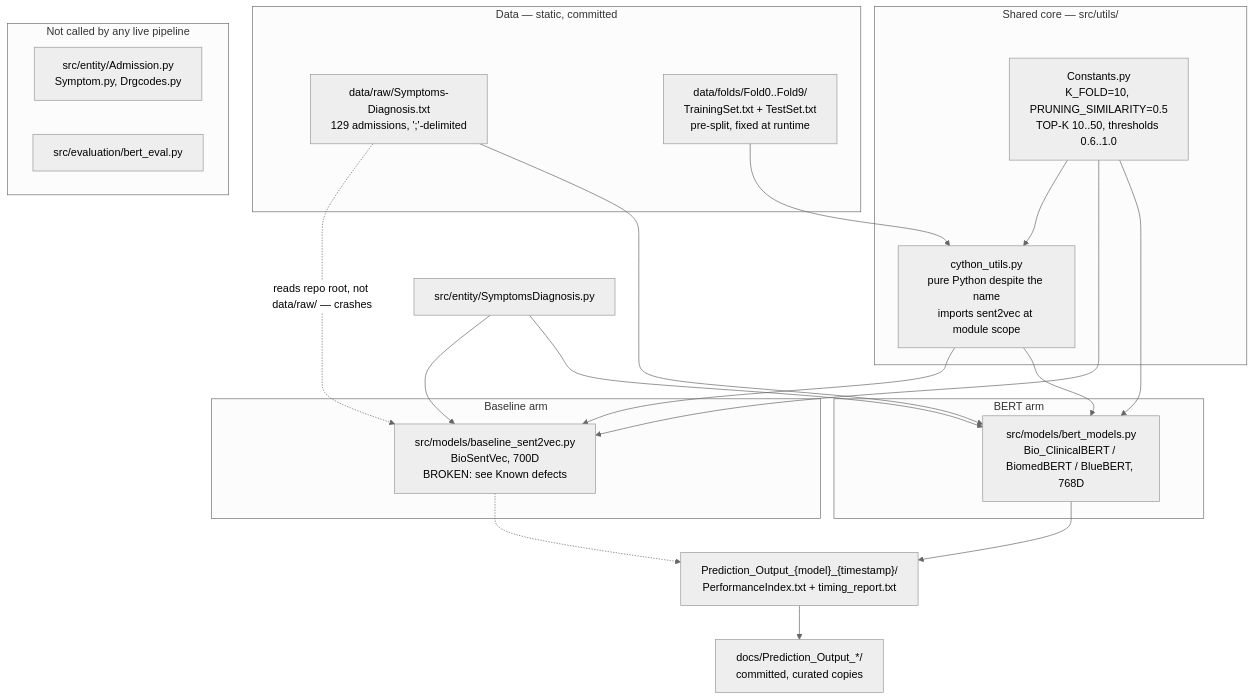
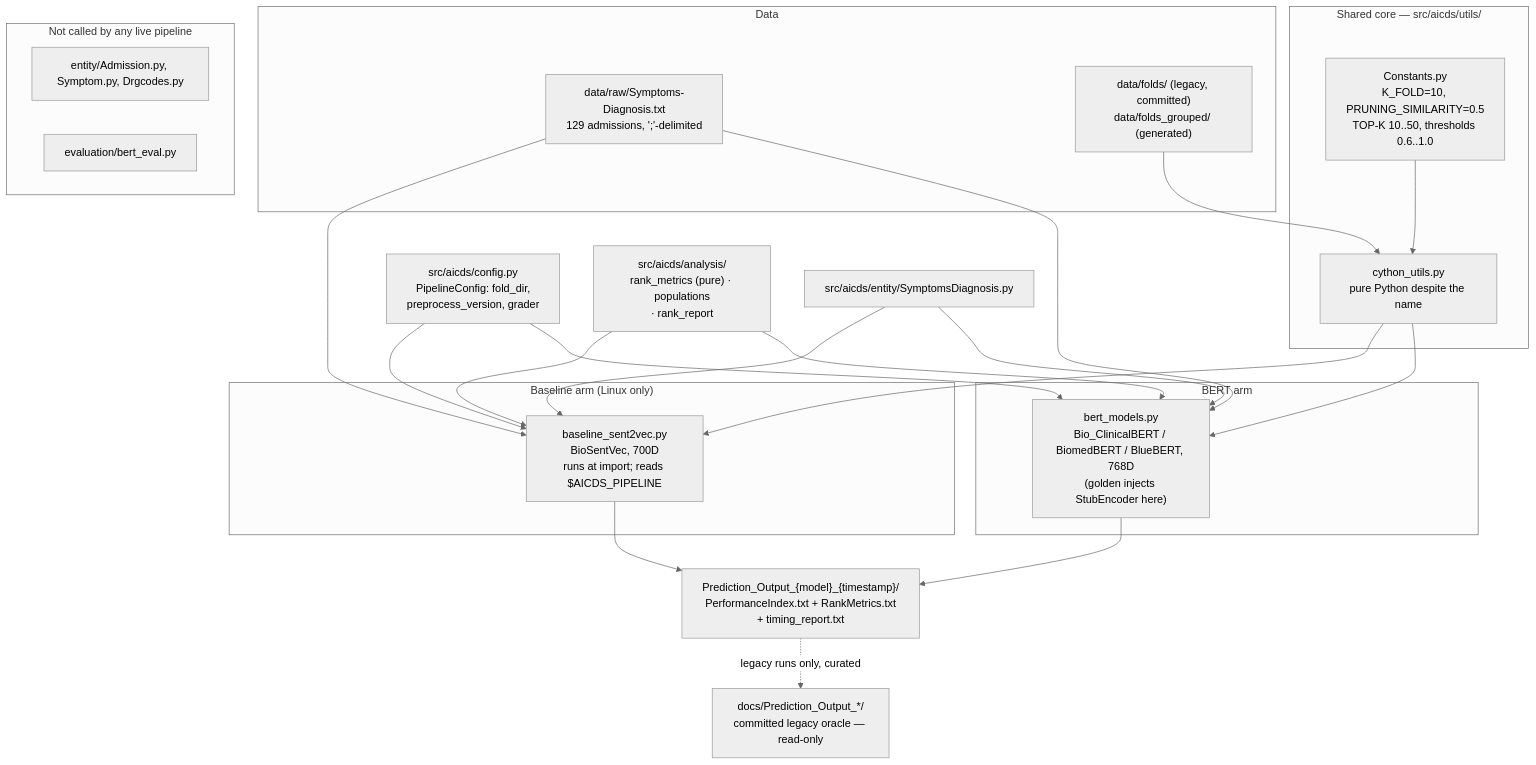
The diagram in docs/reference/architecture.md (jamesEmerson112/AI-CDS-Disease-Diagnosis-Reproduction-Alpha), drawn with Mermaid (neutral theme) before and after one commit. The commit also changed other lines of this file and 20 other files, not shown here.

````diff
--- a/docs/reference/architecture.md
+++ b/docs/reference/architecture.md
@@ -133,44 +128,50 @@
 ```mermaid
 flowchart TB
-    subgraph Data["Data — static, committed"]
+    subgraph Data["Data"]
         RAW["data/raw/Symptoms-Diagnosis.txt\n129 admissions, ';'-delimited"]
-        FOLDS["data/folds/Fold0..Fold9/\nTrainingSet.txt + TestSet.txt\npre-split, fixed at runtime"]
+        FOLDS["data/folds/ (legacy, committed)\ndata/folds_grouped/ (generated)"]
     end
 
-    subgraph Core["Shared core — src/utils/"]
+    CFG["src/aicds/config.py\nPipelineConfig: fold_dir,\npreprocess_version, grader"]
+
+    subgraph Core["Shared core — src/aicds/utils/"]
         CONST["Constants.py\nK_FOLD=10, PRUNING_SIMILARITY=0.5\nTOP-K 10..50, thresholds 0.6..1.0"]
-        CY["cython_utils.py\npure Python despite the name\nimports sent2vec at module scope"]
+        CY["cython_utils.py\npure Python despite the name"]
     end
 
-    SD["src/entity/SymptomsDiagnosis.py"]
+    ANA["src/aicds/analysis/\nrank_metrics (pure) · populations\n· rank_report"]
 
-    subgraph Baseline["Baseline arm"]
-        BL["src/models/baseline_sent2vec.py\nBioSentVec, 700D\nBROKEN: see Known defects"]
+    SD["src/aicds/entity/SymptomsDiagnosis.py"]
+
+    subgraph Baseline["Baseline arm (Linux only)"]
+        BL["baseline_sent2vec.py\nBioSentVec, 700D\nruns at import; reads $AICDS_PIPELINE"]
     end
 
     subgraph BertArm["BERT arm"]
-        BERT["src/models/bert_models.py\nBio_ClinicalBERT / BiomedBERT / BlueBERT, 768D"]
+        BERT["bert_models.py\nBio_ClinicalBERT / BiomedBERT / BlueBERT, 768D\n(golden injects StubEncoder here)"]
     end
 
-    OUT["Prediction_Output_{model}_{timestamp}/\nPerformanceIndex.txt + timing_report.txt"]
-    DOCS["docs/Prediction_Output_*/\ncommitted, curated copies"]
+    OUT["Prediction_Output_{model}_{timestamp}/\nPerformanceIndex.txt + RankMetrics.txt\n+ timing_report.txt"]
+    DOCS["docs/Prediction_Output_*/\ncommitted legacy oracle — read-only"]
 
-    RAW -.->|"reads repo root, not data/raw/ — crashes"| BL
+    RAW --> BL
     RAW --> BERT
+    CFG --> BL
+    CFG --> BERT
     FOLDS --> CY
     CONST --> CY
-    CONST --> BL
-    CONST --> BERT
     CY --> BL
     CY --> BERT
+    ANA --> BL
+    ANA --> BERT
     SD --> BL
     SD --> BERT
-    BL -.-> OUT
+    BL --> OUT
     BERT --> OUT
-    OUT --> DOCS
+    OUT -.->|"legacy runs only, curated"| DOCS
 
     subgraph Dead["Not called by any live pipeline"]
-        ORPHAN1["src/entity/Admission.py\nSymptom.py, Drgcodes.py"]
-        ORPHAN2["src/evaluation/bert_eval.py"]
+        ORPHAN1["entity/Admission.py, Symptom.py, Drgcodes.py"]
+        ORPHAN2["evaluation/bert_eval.py"]
     end
 ```
````
